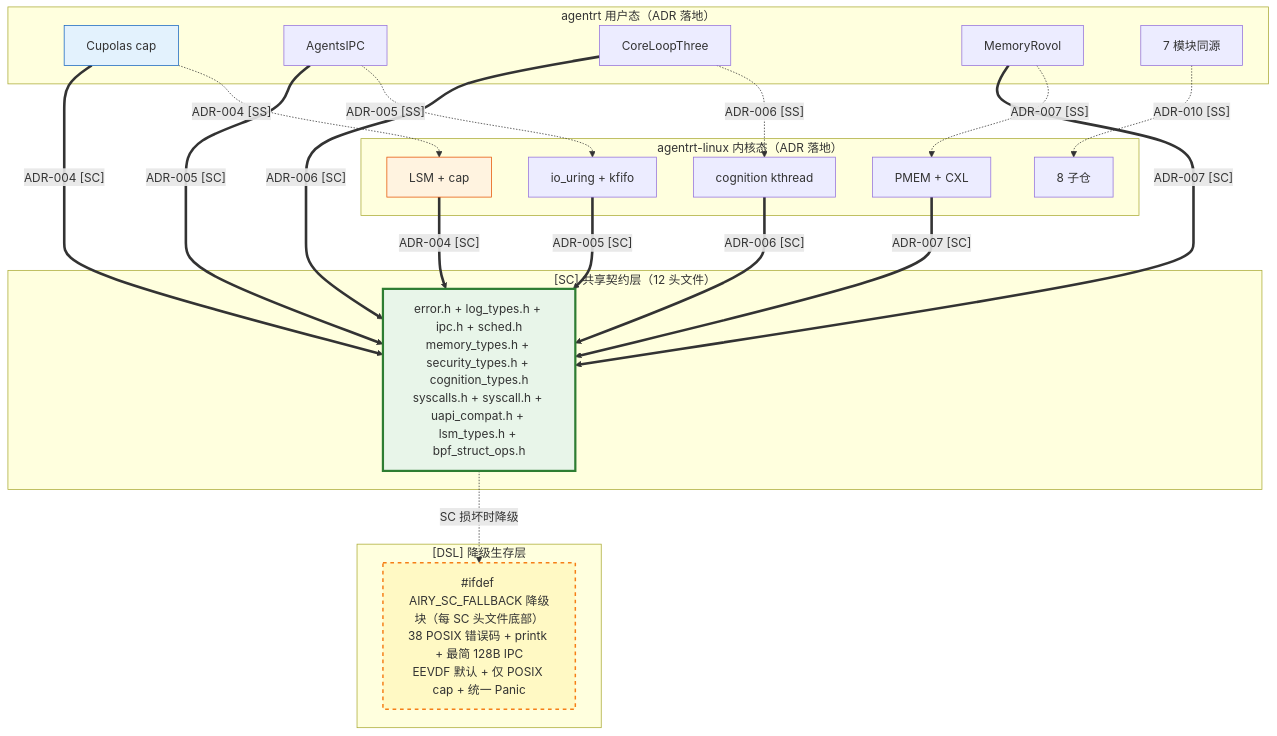
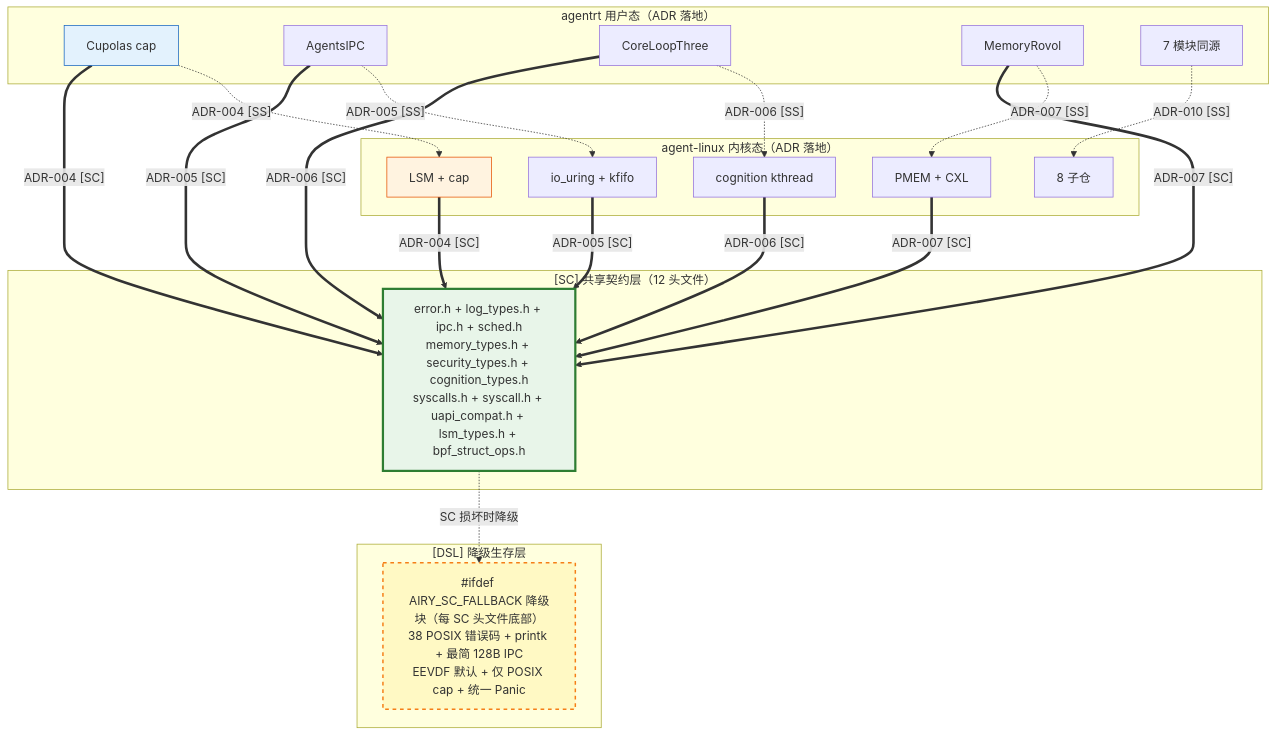
One commit to openairymax/docs-linux changed the first of 2 diagrams in 10-architecture/05-adrs.md. Above: the diagram before and after it, drawn with Mermaid. The commit also changed other lines of this file and 172 other files, not shown here.

Commit message:
docs: rename agentrt-linux to agent-linux across docs v0.1.3 双工程结构：agentrt-linux 改名 agent-linux。docs 全仓 186 个 文件中的 agentrt-linux 引用统一为 agent-linux（AirymaxOS 工程名/ URL/路径引用；commit hash 与历史不变）。

````diff
--- a/10-architecture/05-adrs.md
+++ b/10-architecture/05-adrs.md
@@ -1403,47 +1403,47 @@
 ```mermaid
 graph TB
     subgraph "agentrt 用户态（ADR 落地）"
         RT_004[Cupolas cap]
         RT_005[AgentsIPC]
         RT_006[CoreLoopThree]
         RT_007[MemoryRovol]
         RT_010[7 模块同源]
     end
 
-    subgraph "agentrt-linux 内核态（ADR 落地）"
+    subgraph "agent-linux 内核态（ADR 落地）"
         OS_003[8 子仓]
         OS_004[LSM + cap]
         OS_005[io_uring + kfifo]
         OS_006[cognition kthread]
         OS_007[PMEM + CXL]
     end
 
     subgraph "[SC] 共享契约层（12 头文件）"
         SC[error.h + log_types.h + ipc.h + sched.h<br/>memory_types.h + security_types.h + cognition_types.h<br/>syscalls.h + syscall.h + uapi_compat.h + lsm_types.h + bpf_struct_ops.h]
     end
 
     subgraph "[DSL] 降级生存层"
         DSL["#ifdef AIRY_SC_FALLBACK 降级块（每 SC 头文件底部）<br/>38 POSIX 错误码 + printk + 最简 128B IPC<br/>EEVDF 默认 + 仅 POSIX cap + 统一 Panic"]
     end
 
     RT_004 -.->|"ADR-004 [SS]"| OS_004
     RT_005 -.->|"ADR-005 [SS]"| OS_005
     RT_006 -.->|"ADR-006 [SS]"| OS_006
     RT_007 -.->|"ADR-007 [SS]"| OS_007
     RT_010 -.->|"ADR-010 [SS]"| OS_003
 
     RT_004 ==>|"ADR-004 [SC]"| SC
     RT_005 ==>|"ADR-005 [SC]"| SC
     RT_006 ==>|"ADR-006 [SC]"| SC
     RT_007 ==>|"ADR-007 [SC]"| SC
     OS_004 ==>|"ADR-004 [SC]"| SC
     OS_005 ==>|"ADR-005 [SC]"| SC
     OS_006 ==>|"ADR-006 [SC]"| SC
     OS_007 ==>|"ADR-007 [SC]"| SC
     SC -.->|"SC 损坏时降级"| DSL
 
     style SC fill:#e8f5e9,stroke:#2e7d32,stroke-width:3px
     style DSL fill:#fff9c4,stroke:#f57f17,stroke-width:2px,stroke-dasharray: 5 5
     style RT_004 fill:#e3f2fd,stroke:#1565c0
     style OS_004 fill:#fff3e0,stroke:#e65100
 ```
````
